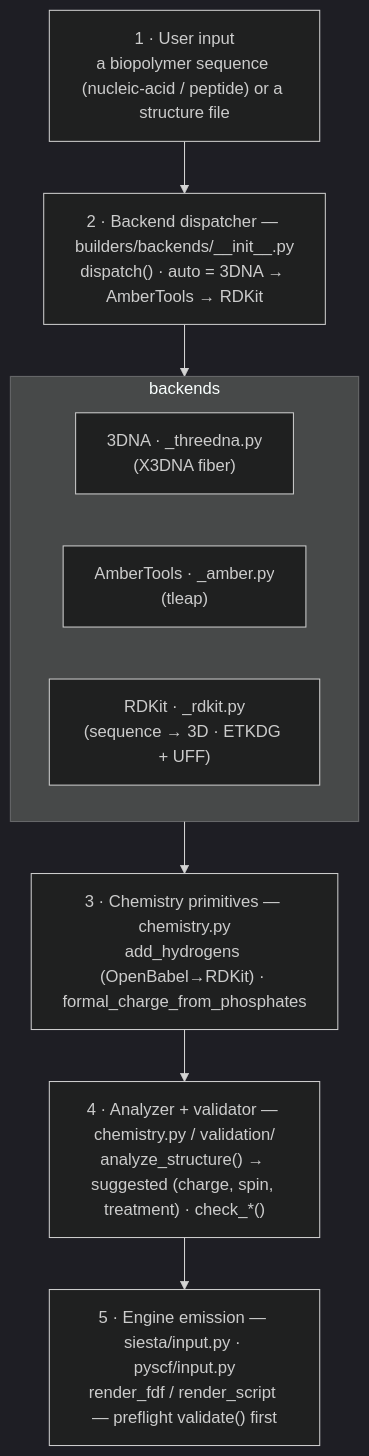
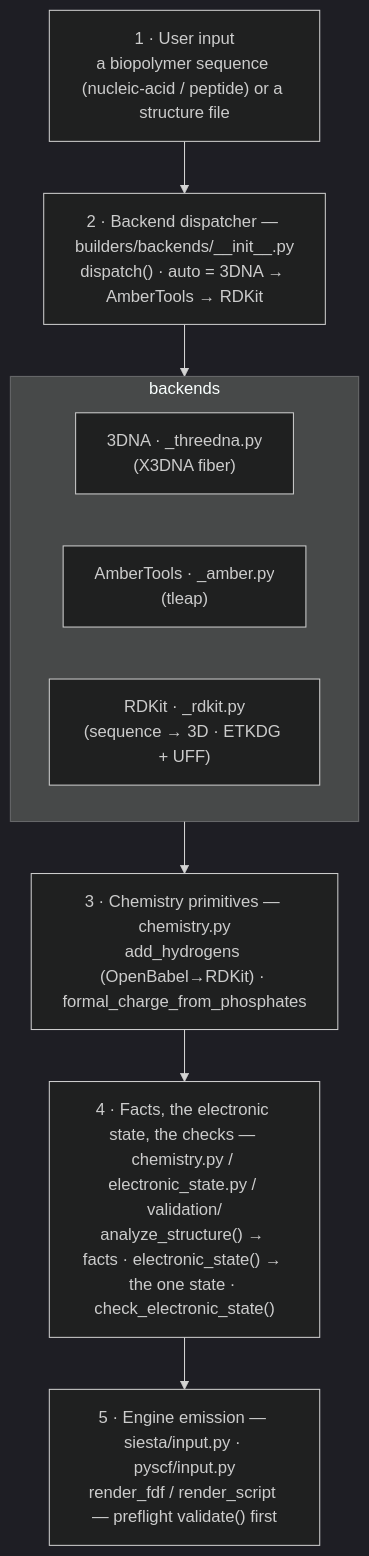
One commit to Qing-LAB/molbuilder changed the first of 3 diagrams in docs/science/chemistry-correctness.md. Above: the diagram before and after it, drawn with Mermaid (dark theme). The commit also changed other lines of this file and 142 other files, not shown here.

````diff
--- a/docs/science/chemistry-correctness.md
+++ b/docs/science/chemistry-correctness.md
@@ -27,14 +28,14 @@
 ```mermaid
 flowchart TB
     U["1 · User input<br/>a biopolymer sequence (nucleic-acid / peptide) or a structure file"]
     D["2 · Backend dispatcher — builders/backends/__init__.py<br/>dispatch() · auto = 3DNA → AmberTools → RDKit"]
     subgraph B["backends"]
         T["3DNA · _threedna.py<br/>(X3DNA fiber)"]
         A["AmberTools · _amber.py<br/>(tleap)"]
         R["RDKit · _rdkit.py<br/>(sequence → 3D · ETKDG + UFF)"]
     end
     C["3 · Chemistry primitives — chemistry.py<br/>add_hydrogens (OpenBabel→RDKit) · formal_charge_from_phosphates"]
-    AN["4 · Analyzer + validator — chemistry.py / validation/<br/>analyze_structure() → suggested (charge, spin, treatment) · check_*()"]
+    AN["4 · Facts, the electronic state, the checks — chemistry.py / electronic_state.py / validation/<br/>analyze_structure() → facts · electronic_state() → the one state · check_electronic_state()"]
     E["5 · Engine emission — siesta/input.py · pyscf/input.py<br/>render_fdf / render_script — preflight validate() first"]
     U --> D --> B --> C --> AN --> E
 ```
````
